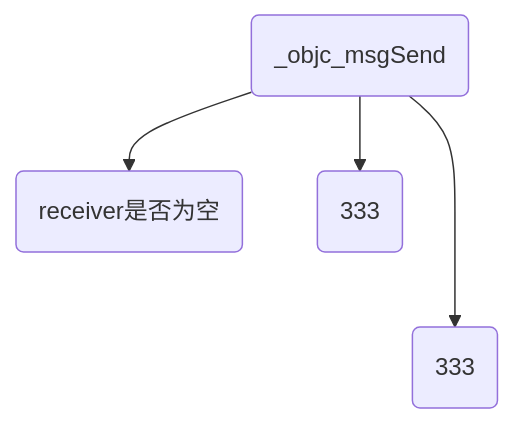
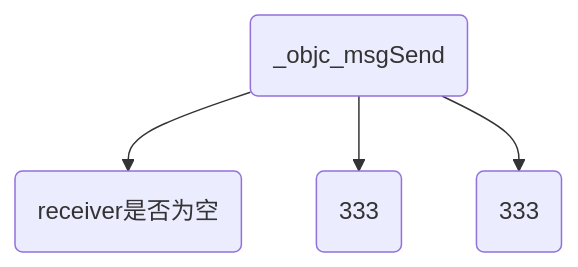
One commit to i-stack/STSourceCodeProject changed the diagram in Blogs/iOS/04-消息转发流程.md. Above: the diagram before and after it, drawn with Mermaid.

````diff
--- a/Blogs/iOS/04-消息转发流程.md
+++ b/Blogs/iOS/04-消息转发流程.md
@@ -88,7 +88,7 @@
 ```mermaid
 graph TD
 A(_objc_msgSend)-->B1(receiver是否为空)
 A(_objc_msgSend)-->B2(333)
-A(_objc_msgSend)--->B3(333)
+A(_objc_msgSend)-->B3(333)
 
 ```
````
